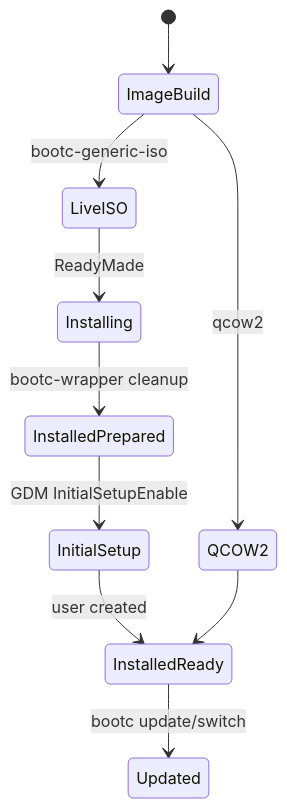
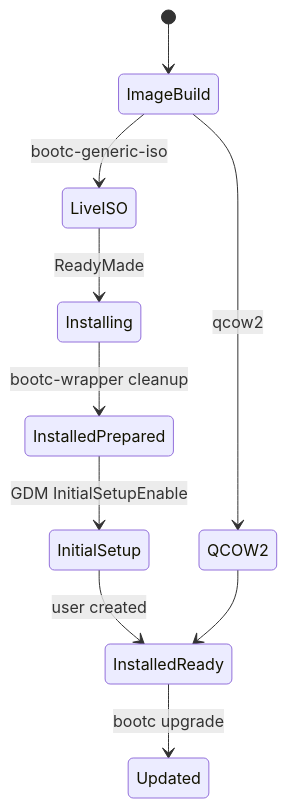
Diagram 14 of 15 in ARCHITECTURE.md (luminusOS/images), drawn with Mermaid before and after one commit. The commit also changed other lines of this file and 50 other files, not shown here.

````diff
--- a/ARCHITECTURE.md
+++ b/ARCHITECTURE.md
@@ -656,12 +655,12 @@
 ```mermaid
 stateDiagram-v2
     [*] --> ImageBuild
     ImageBuild --> LiveISO: bootc-generic-iso
     ImageBuild --> QCOW2: qcow2
     LiveISO --> Installing: ReadyMade
     Installing --> InstalledPrepared: bootc-wrapper cleanup
     InstalledPrepared --> InitialSetup: GDM InitialSetupEnable
     InitialSetup --> InstalledReady: user created
     QCOW2 --> InstalledReady
-    InstalledReady --> Updated: bootc update/switch
+    InstalledReady --> Updated: bootc upgrade
 ```
````
